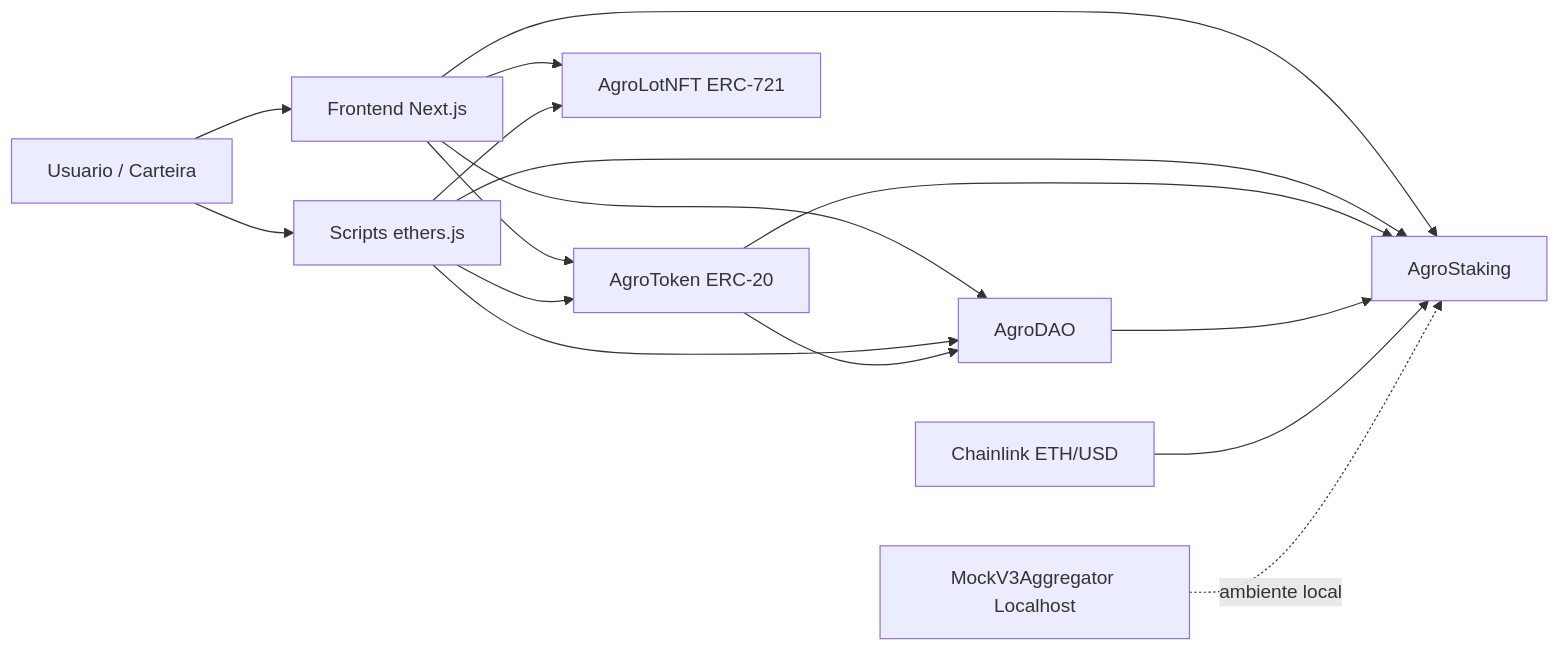
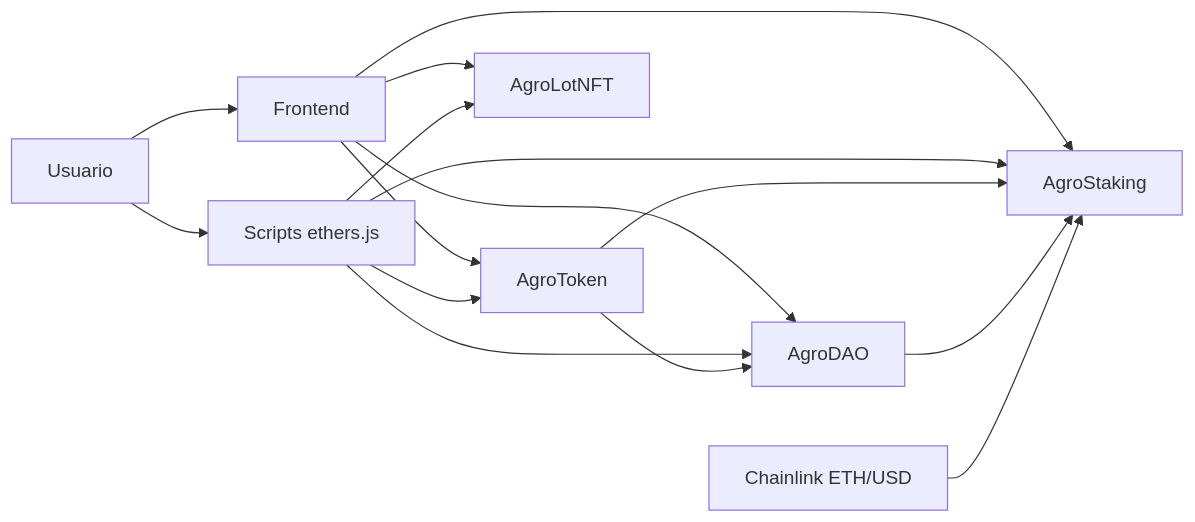
One commit to EvilisGlenio/agrochain changed the diagram in docs/ARCHITECTURE.md. Above: the diagram before and after it, drawn with Mermaid. The commit also changed other lines of this file and 6 other files, not shown here.

Commit message:
Refactor demo script and technical report for AgroChain; enhance governance page with proposal state management; add script to grant NFT minter role

````diff
--- a/docs/ARCHITECTURE.md
+++ b/docs/ARCHITECTURE.md
@@ -189,23 +40,20 @@
 ```mermaid
 flowchart LR
-    U[Usuario / Carteira] --> F[Frontend Next.js]
+    U[Usuario] --> F[Frontend]
     U --> S[Scripts ethers.js]
 
-    F --> T[AgroToken ERC-20]
-    F --> N[AgroLotNFT ERC-721]
+    F --> T[AgroToken]
+    F --> N[AgroLotNFT]
     F --> ST[AgroStaking]
     F --> D[AgroDAO]
 
     S --> T
     S --> N
     S --> ST
     S --> D
 
+    T --> ST
     T --> D
-    T --> ST
     D --> ST
-    O[Chainlink ETH/USD]
-    O --> ST
-
-    ML[MockV3Aggregator Localhost] -. ambiente local .-> ST
+    O[Chainlink ETH/USD] --> ST
 ```
````
